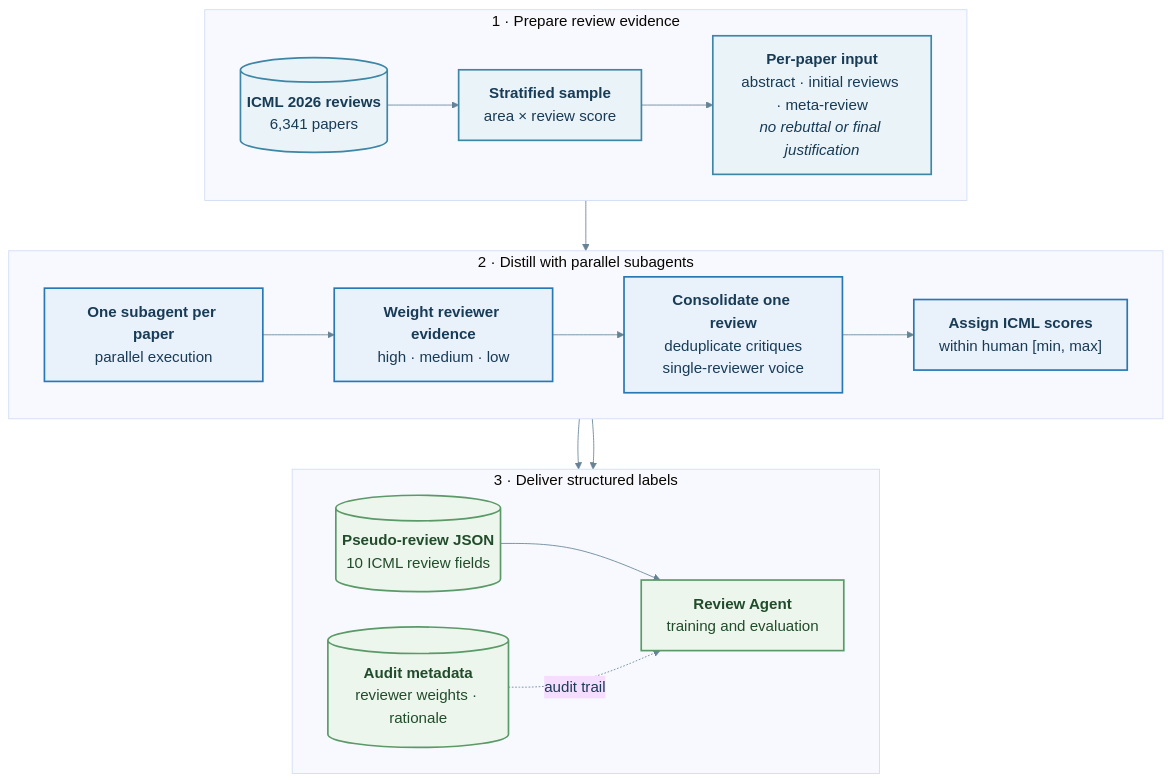
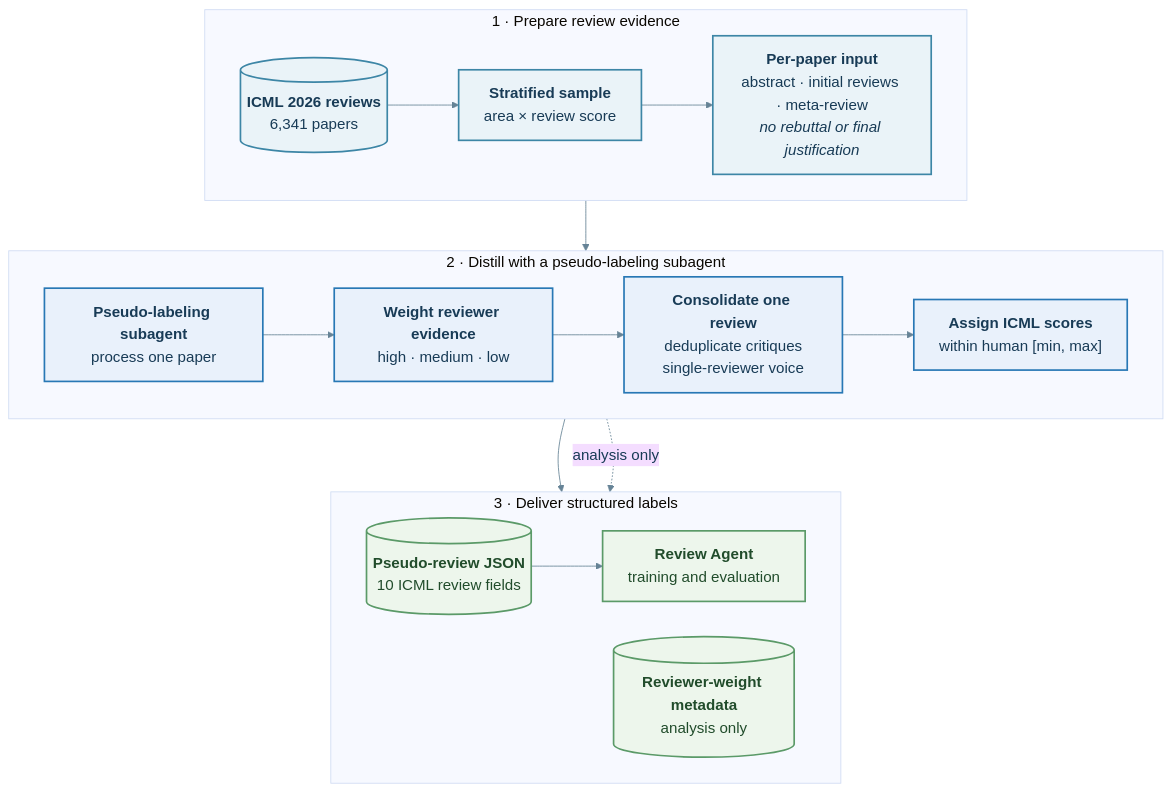
The diagram in psudo_labeling/analysis/pseudo_labeling_pipeline.md (baeseongsu/ralphthon-icml), drawn with Mermaid before and after one commit. The commit also changed other lines of this file and 3 other files, not shown here.

Commit message:
Clarify pseudo-labeling metadata flow

````diff
--- a/psudo_labeling/analysis/pseudo_labeling_pipeline.md
+++ b/psudo_labeling/analysis/pseudo_labeling_pipeline.md
@@ -3,45 +3,44 @@
 ```mermaid
 %%{init: {
   "theme": "base",
   "flowchart": {"curve": "basis", "nodeSpacing": 42, "rankSpacing": 60},
   "themeVariables": {
     "fontFamily": "Inter, Arial, sans-serif",
     "fontSize": "18px",
     "primaryTextColor": "#183B56",
     "lineColor": "#668396"
   }
 }}%%
 flowchart TB
     subgraph PREP["1 · Prepare review evidence"]
         direction LR
         DATA[("<b>ICML 2026 reviews</b><br/>6,341 papers")]
         SAMPLE["<b>Stratified sample</b><br/>area × review score"]
         INPUT["<b>Per-paper input</b><br/>abstract · initial reviews · meta-review<br/><i>no rebuttal or final justification</i>"]
         DATA --> SAMPLE --> INPUT
     end
-    subgraph DISTILL["2 · Distill with parallel subagents"]
+    subgraph DISTILL["2 · Distill with a pseudo-labeling subagent"]
         direction LR
-        AGENT["<b>One subagent per paper</b><br/>parallel execution"]
+        AGENT["<b>Pseudo-labeling subagent</b><br/>process one paper"]
         WEIGHT["<b>Weight reviewer evidence</b><br/>high · medium · low"]
         SYNTH["<b>Consolidate one review</b><br/>deduplicate critiques<br/>single-reviewer voice"]
         SCORE["<b>Assign ICML scores</b><br/>within human [min, max]"]
         AGENT --> WEIGHT --> SYNTH --> SCORE
     end
     subgraph DELIVER["3 · Deliver structured labels"]
         direction LR
         REVIEW[("<b>Pseudo-review JSON</b><br/>10 ICML review fields")]
-        META[("<b>Audit metadata</b><br/>reviewer weights · rationale")]
+        META[("<b>Reviewer-weight metadata</b><br/>analysis only")]
         USE["<b>Review Agent</b><br/>training and evaluation"]
         REVIEW --> USE
-        META -. audit trail .-> USE
     end
     INPUT --> AGENT
     SCORE --> REVIEW
-    SCORE --> META
+    SCORE -. analysis only .-> META
     classDef data fill:#EAF3F8,stroke:#3D86A6,stroke-width:2px,color:#183B56;
     classDef process fill:#E9F1FB,stroke:#2878B5,stroke-width:2px,color:#183B56;
     classDef output fill:#EDF6EC,stroke:#5B9A68,stroke-width:2px,color:#214C2B;
     class DATA,SAMPLE,INPUT data;
     class AGENT,WEIGHT,SYNTH,SCORE process;
     class REVIEW,META,USE output;
 ```
````
